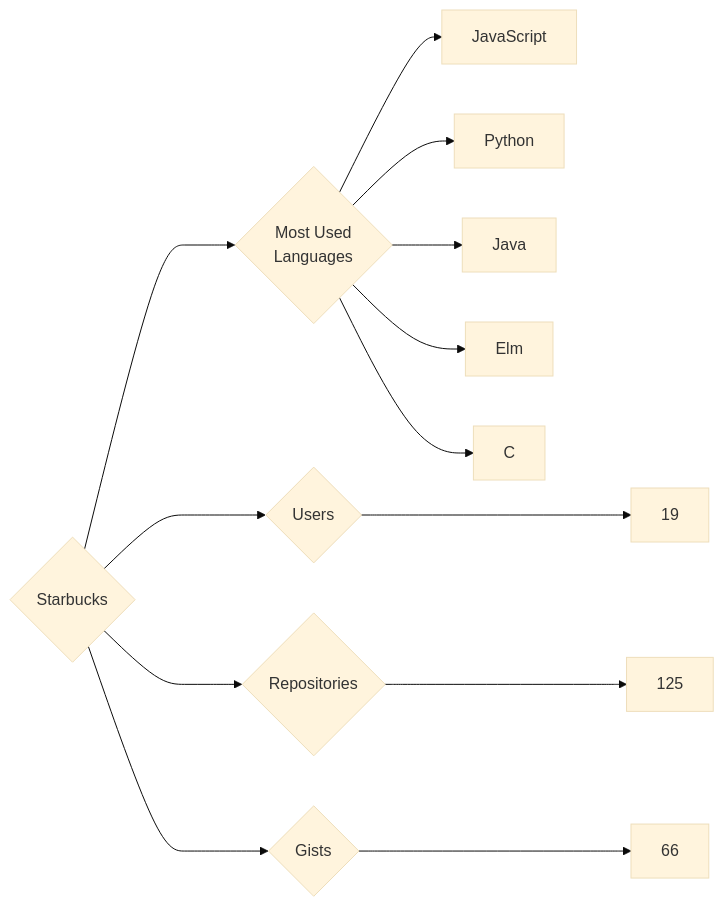
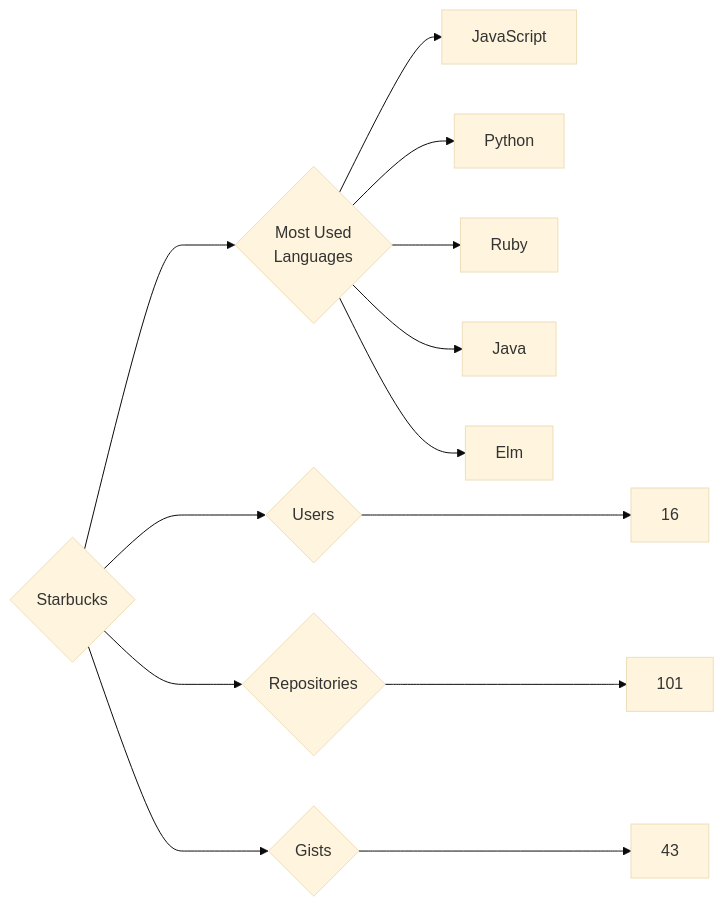
Before and after one commit to trickest/insiders: the diagram in targets/Starbucks/README.md, drawn with Mermaid (base theme). The commit also changed 972 other files, not shown here.

````diff
--- a/targets/Starbucks/README.md
+++ b/targets/Starbucks/README.md
@@ -3,13 +3,13 @@
 ```mermaid
 graph LR
 COMPANY_NAME{Starbucks}
-COMPANY_NAME ---> U{Users} ---> UN[19]
-COMPANY_NAME ---> R{Repositories} ---> RN[125]
-COMPANY_NAME ---> G{Gists} ---> GN[66]
+COMPANY_NAME ---> U{Users} ---> UN[16]
+COMPANY_NAME ---> R{Repositories} ---> RN[101]
+COMPANY_NAME ---> G{Gists} ---> GN[43]
 COMPANY_NAME ---> ML{Most Used<br>Languages}
 ML --> JavaScript[JavaScript]
 ML --> Python[Python]
+ML --> Ruby[Ruby]
 ML --> Java[Java]
 ML --> Elm[Elm]
-ML --> C[C]
 ```
````
